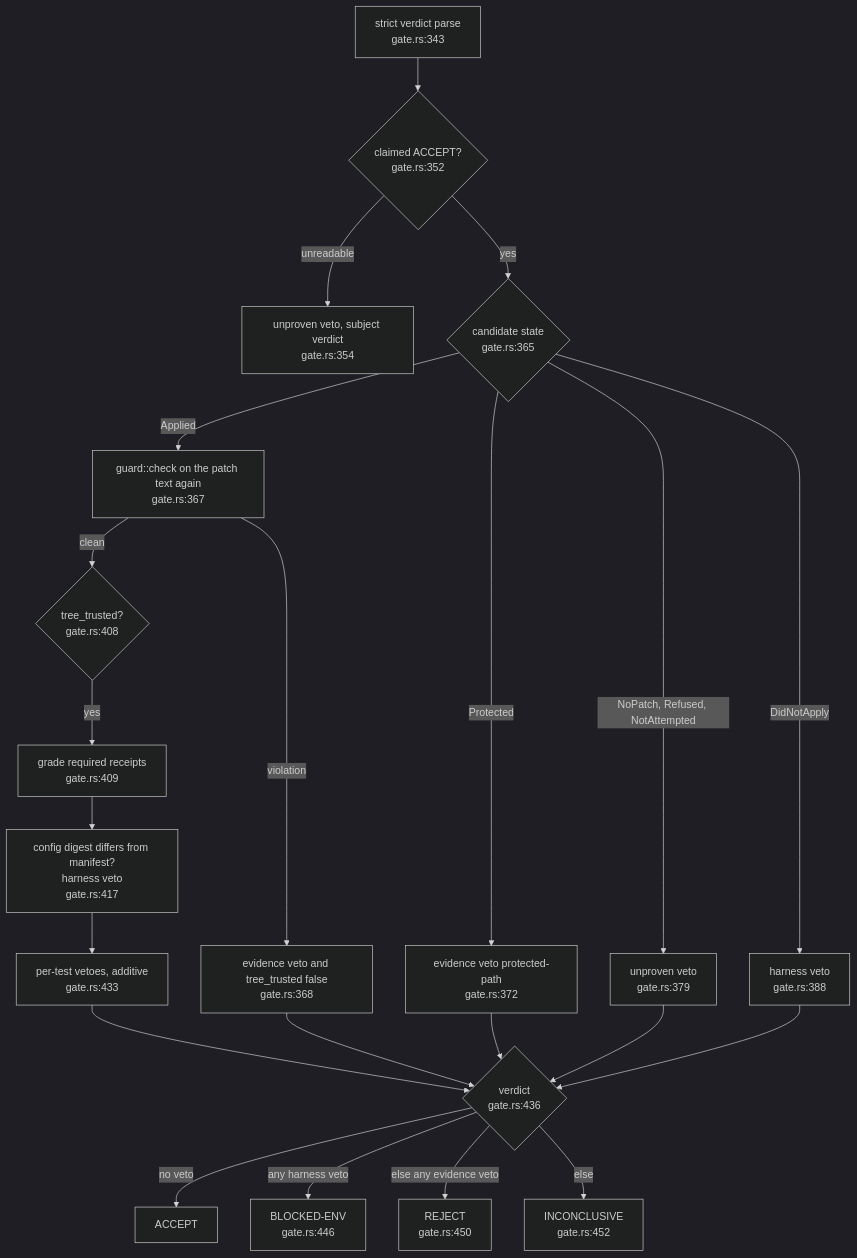
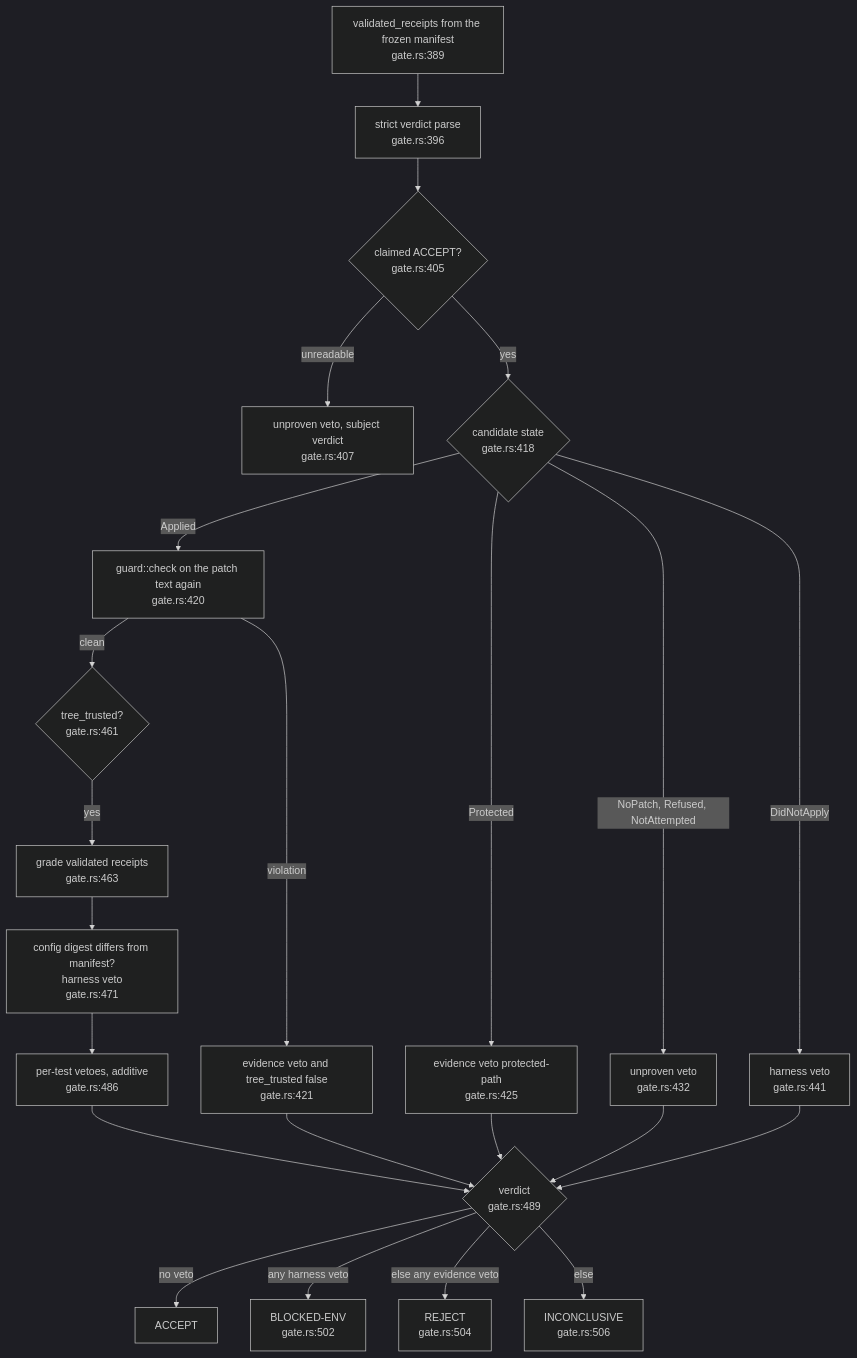
Before and after one commit to DreamLab-AI/dream-engine: the second of 5 diagrams in docs/diagrams/gate/01-verdict-classes-and-the-decide-flow.md, drawn with Mermaid (dark theme). The commit also changed other lines of this file and 12 other files, not shown here.

Commit message:
docs(diagrams): re-verify and re-stamp the corpus at 0f6a669 after the audit hardening

````diff
--- a/docs/diagrams/gate/01-verdict-classes-and-the-decide-flow.md
+++ b/docs/diagrams/gate/01-verdict-classes-and-the-decide-flow.md
@@ -73,24 +88,25 @@
 ```mermaid
 flowchart TB
-    A["strict verdict parse<br/>gate.rs:343"] --> B{"claimed ACCEPT?<br/>gate.rs:352"}
-    B -->|"unreadable"| U1["unproven veto, subject verdict<br/>gate.rs:354"]
-    B -->|"yes"| C{"candidate state<br/>gate.rs:365"}
-    C -->|"Applied"| G["guard::check on the patch text again<br/>gate.rs:367"]
-    G -->|"violation"| GV["evidence veto and tree_trusted false<br/>gate.rs:368"]
-    C -->|"Protected"| PV["evidence veto protected-path<br/>gate.rs:372"]
-    C -->|"NoPatch, Refused, NotAttempted"| UV["unproven veto<br/>gate.rs:379"]
-    C -->|"DidNotApply"| HV["harness veto<br/>gate.rs:388"]
-    G -->|"clean"| T{"tree_trusted?<br/>gate.rs:408"}
-    T -->|"yes"| R["grade required receipts<br/>gate.rs:409"]
-    R --> D["config digest differs from manifest?<br/>harness veto<br/>gate.rs:417"]
-    D --> PT["per-test vetoes, additive<br/>gate.rs:433"]
-    PT --> V{"verdict<br/>gate.rs:436"}
+    VR["validated_receipts from the frozen manifest<br/>gate.rs:389"] --> A
+    A["strict verdict parse<br/>gate.rs:396"] --> B{"claimed ACCEPT?<br/>gate.rs:405"}
+    B -->|"unreadable"| U1["unproven veto, subject verdict<br/>gate.rs:407"]
+    B -->|"yes"| C{"candidate state<br/>gate.rs:418"}
+    C -->|"Applied"| G["guard::check on the patch text again<br/>gate.rs:420"]
+    G -->|"violation"| GV["evidence veto and tree_trusted false<br/>gate.rs:421"]
+    C -->|"Protected"| PV["evidence veto protected-path<br/>gate.rs:425"]
+    C -->|"NoPatch, Refused, NotAttempted"| UV["unproven veto<br/>gate.rs:432"]
+    C -->|"DidNotApply"| HV["harness veto<br/>gate.rs:441"]
+    G -->|"clean"| T{"tree_trusted?<br/>gate.rs:461"}
+    T -->|"yes"| R["grade validated receipts<br/>gate.rs:463"]
+    R --> D["config digest differs from manifest?<br/>harness veto<br/>gate.rs:471"]
+    D --> PT["per-test vetoes, additive<br/>gate.rs:486"]
+    PT --> V{"verdict<br/>gate.rs:489"}
     GV --> V
     PV --> V
     UV --> V
     HV --> V
     V -->|"no veto"| ACC["ACCEPT"]
-    V -->|"any harness veto"| BE["BLOCKED-ENV<br/>gate.rs:446"]
-    V -->|"else any evidence veto"| RJ["REJECT<br/>gate.rs:450"]
-    V -->|"else"| INC["INCONCLUSIVE<br/>gate.rs:452"]
+    V -->|"any harness veto"| BE["BLOCKED-ENV<br/>gate.rs:502"]
+    V -->|"else any evidence veto"| RJ["REJECT<br/>gate.rs:504"]
+    V -->|"else"| INC["INCONCLUSIVE<br/>gate.rs:506"]
 ```
````
